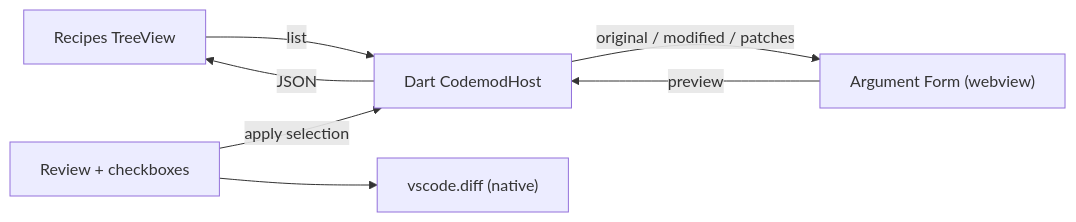
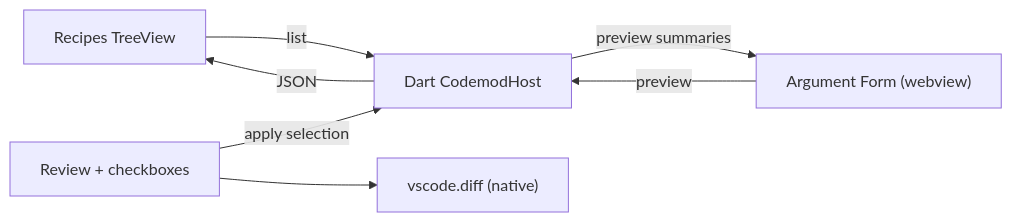
One commit to c4rl2s0n/CodemodRecipe changed the diagram in vscode_extension/README.md. Above: the diagram before and after it, drawn with Mermaid. The commit also changed other lines of this file and 8 other files, not shown here.

````diff
--- a/vscode_extension/README.md
+++ b/vscode_extension/README.md
@@ -12,9 +12,9 @@
 ```mermaid
 flowchart LR
     Tree["Recipes TreeView"] -->|list| Host
     Form["Argument Form (webview)"] -->|preview| Host
     Review["Review + checkboxes"] -->|apply selection| Host
     Host["Dart CodemodHost"] -->|JSON| Tree
-    Host -->|original / modified / patches| Form
+    Host -->|preview summaries| Form
     Review --> Diff["vscode.diff (native)"]
 ```
````
